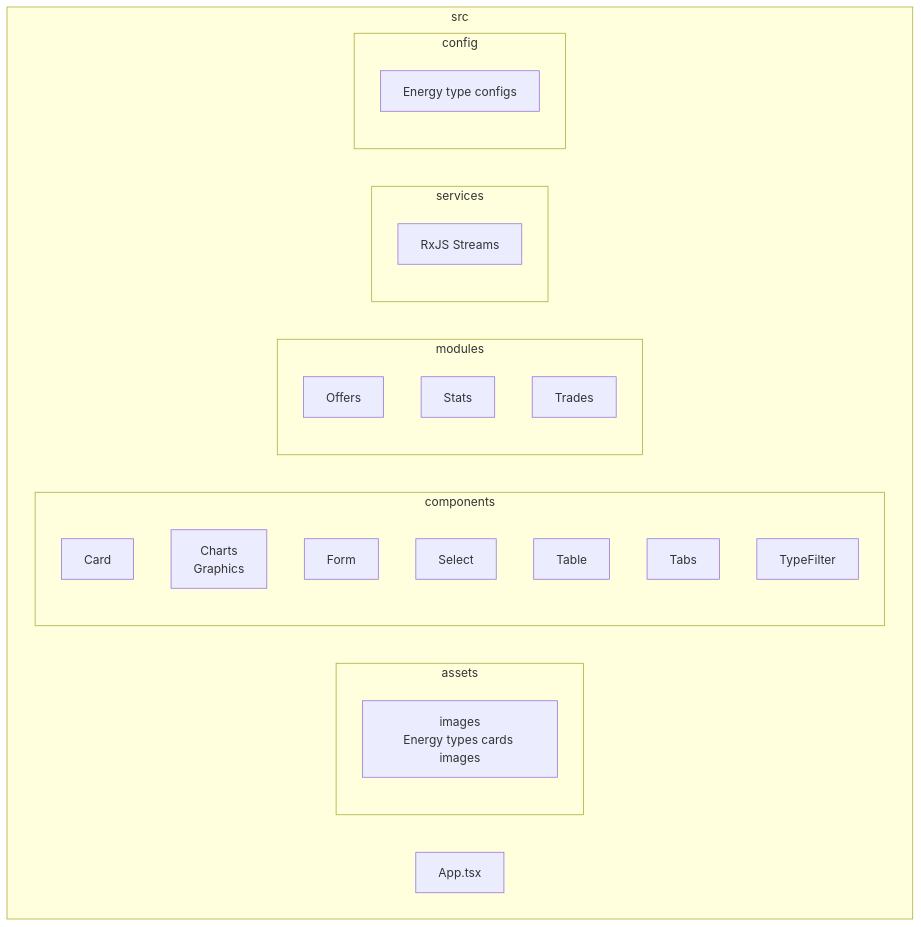
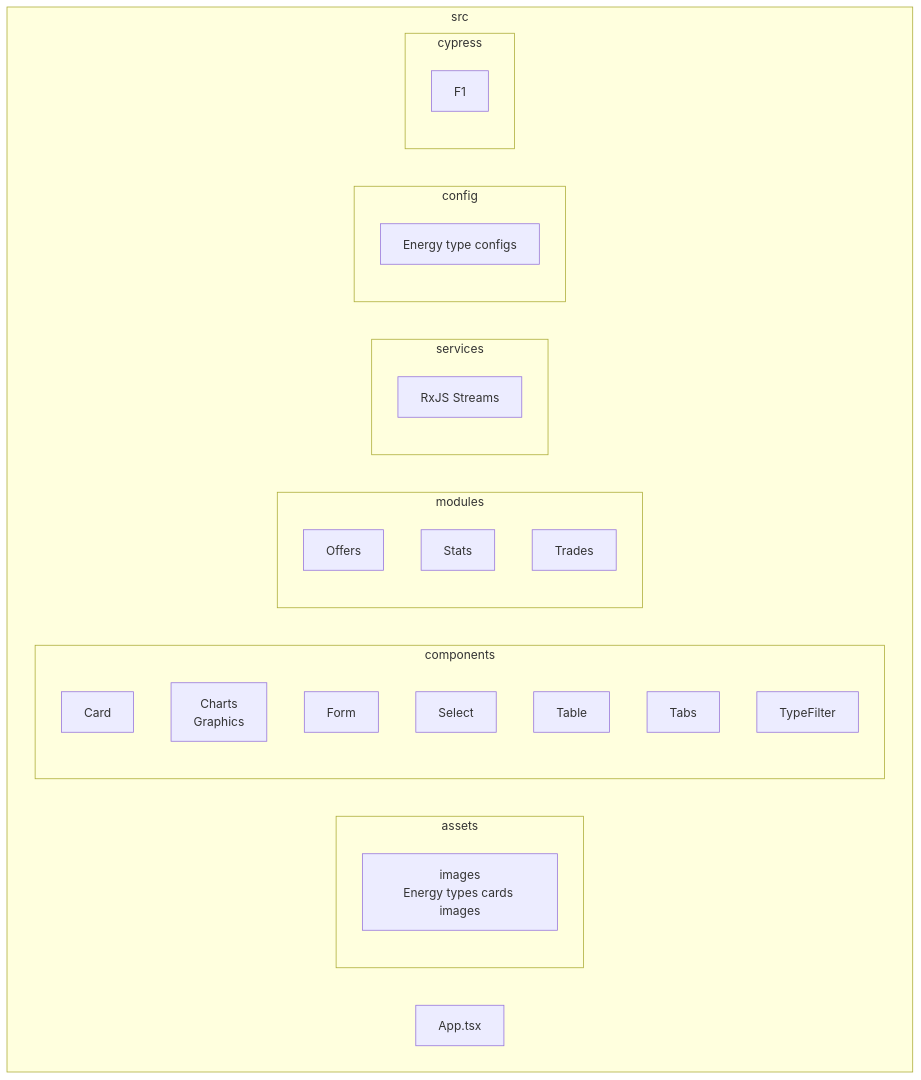
Before and after one commit to luismiguelmena/AxGridApp: the diagram in README.md, drawn with Mermaid. The commit also changed other lines of this file, not shown here.

````diff
--- a/README.md
+++ b/README.md
@@ -69,36 +68,38 @@
 ```mermaid
 flowchart TD
 
   subgraph src
     subgraph assets
       A1[images<br/>Energy types cards images]
     end
 
     subgraph components
       B1[Card]
       B2[Charts<br/>Graphics]
       B3[Form]
       B4[Select]
       B5[Table]
       B6[Tabs]
       B7[TypeFilter]
     end
 
     subgraph modules
       C1[Offers]
       C2[Stats]
       C3[Trades]
     end
 
     subgraph services
       D1[RxJS Streams]
     end
 
     subgraph config
       E1[Energy type configs]
     end
-
-    F1[App.tsx]
+    subgraph cypress
+      F1
+    end
+    G1[App.tsx]
   end
 
 ```
````
